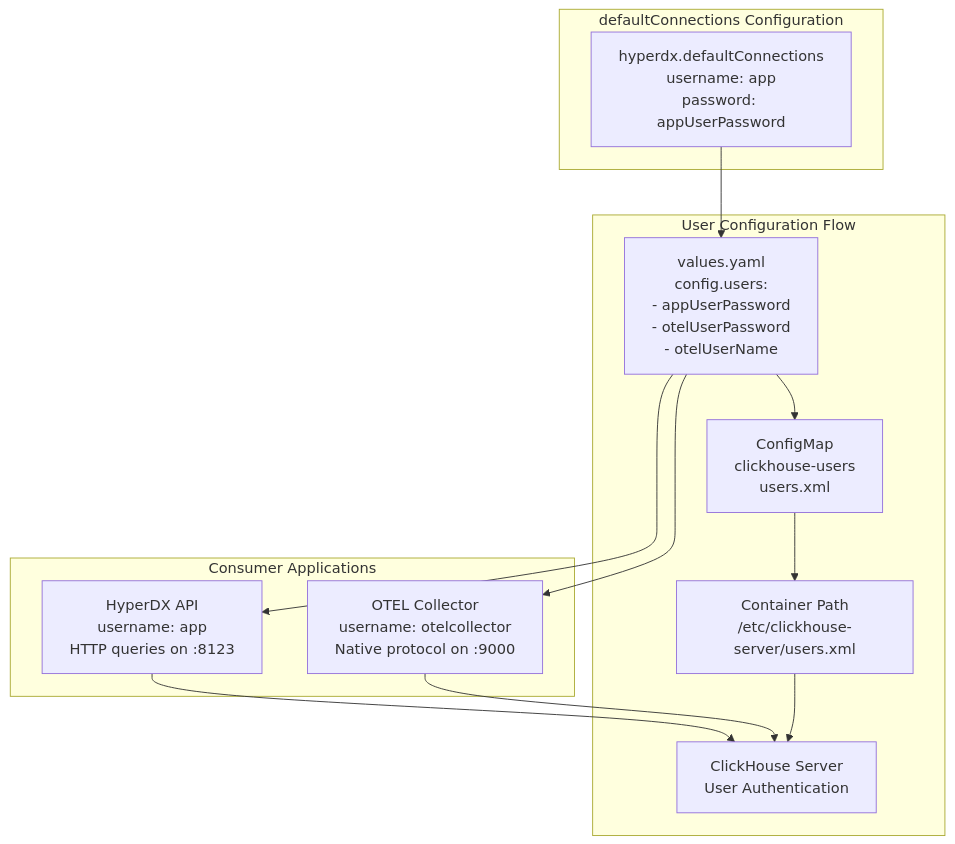
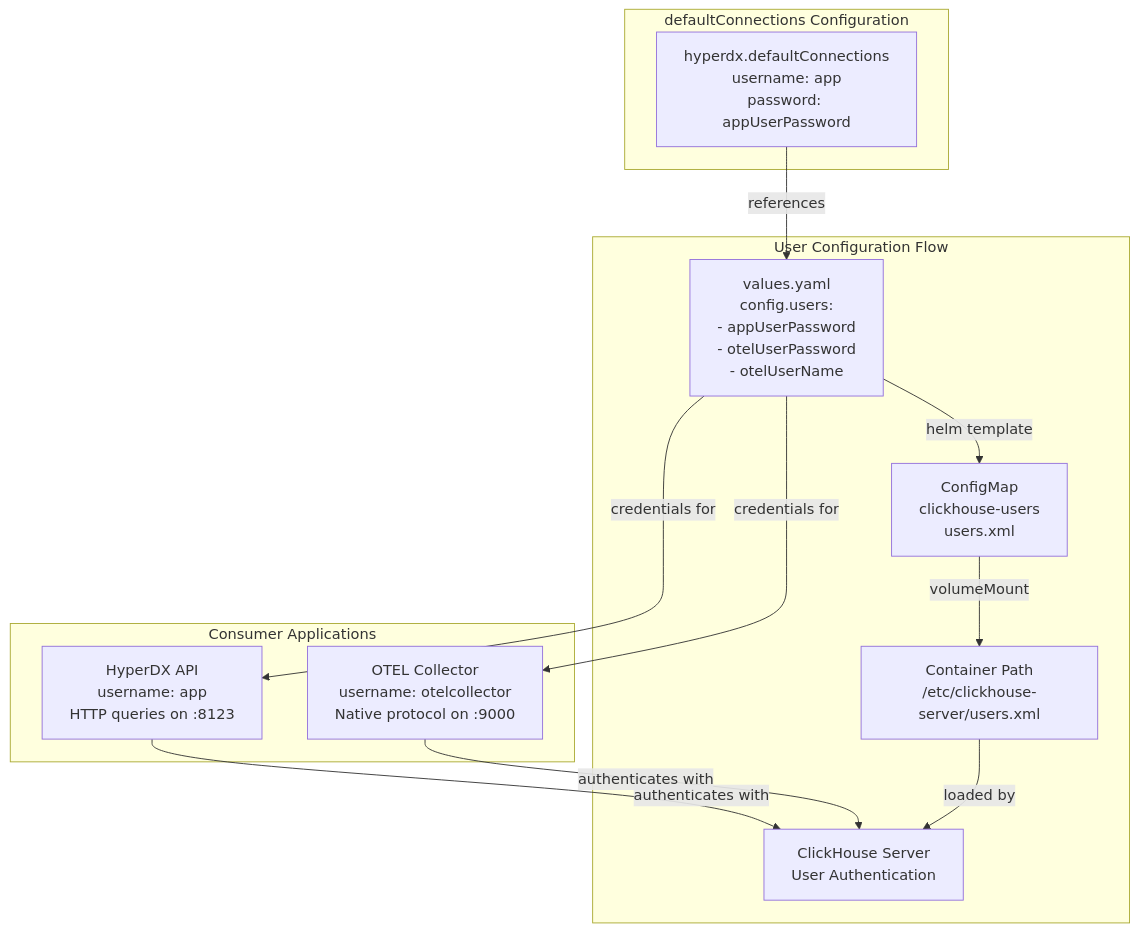
Before and after one commit to openchoreo/openchoreo: the third of 4 diagrams in docs/hyperdxio-helm-charts-docs/ClickHouse-Configuration.md, drawn with Mermaid. The commit also changed other lines of this file and 85 other files, not shown here.

Commit message:
feat: Add new workflow and specification templates, update Helm chart dependencies, and clarify documentation diagrams.

````diff
--- a/docs/hyperdxio-helm-charts-docs/ClickHouse-Configuration.md
+++ b/docs/hyperdxio-helm-charts-docs/ClickHouse-Configuration.md
@@ -320,36 +320,36 @@
 ```mermaid
 flowchart TD
 
 ValuesUsers["values.yaml<br>config.users:<br>- appUserPassword<br>- otelUserPassword<br>- otelUserName"]
 UsersConfigMap["ConfigMap<br>clickhouse-users<br>users.xml"]
 UsersXML["Container Path<br>/etc/clickhouse-server/users.xml"]
 ClickHouse["ClickHouse Server<br>User Authentication"]
 HyperDXAPI["HyperDX API<br>username: app<br>HTTP queries on :8123"]
 OTELCollector["OTEL Collector<br>username: otelcollector<br>Native protocol on :9000"]
 AppConnection["hyperdx.defaultConnections<br>username: app<br>password: appUserPassword"]
 
-AppConnection --> ValuesUsers
-HyperDXAPI --> ClickHouse
-OTELCollector --> ClickHouse
-ValuesUsers --> HyperDXAPI
-ValuesUsers --> OTELCollector
+AppConnection -->|"references"| ValuesUsers
+HyperDXAPI -->|"authenticates with"| ClickHouse
+OTELCollector -->|"authenticates with"| ClickHouse
+ValuesUsers -->|"credentials for"| HyperDXAPI
+ValuesUsers -->|"credentials for"| OTELCollector
 
 subgraph subGraph2 ["defaultConnections Configuration"]
     AppConnection
 end
 
 subgraph subGraph1 ["Consumer Applications"]
     HyperDXAPI
     OTELCollector
 end
 
 subgraph subGraph0 ["User Configuration Flow"]
     ValuesUsers
     UsersConfigMap
     UsersXML
     ClickHouse
-    ValuesUsers --> UsersConfigMap
-    UsersConfigMap --> UsersXML
-    UsersXML --> ClickHouse
+    ValuesUsers -->|"helm template"| UsersConfigMap
+    UsersConfigMap -->|"volumeMount"| UsersXML
+    UsersXML -->|"loaded by"| ClickHouse
 end
 ```
````
